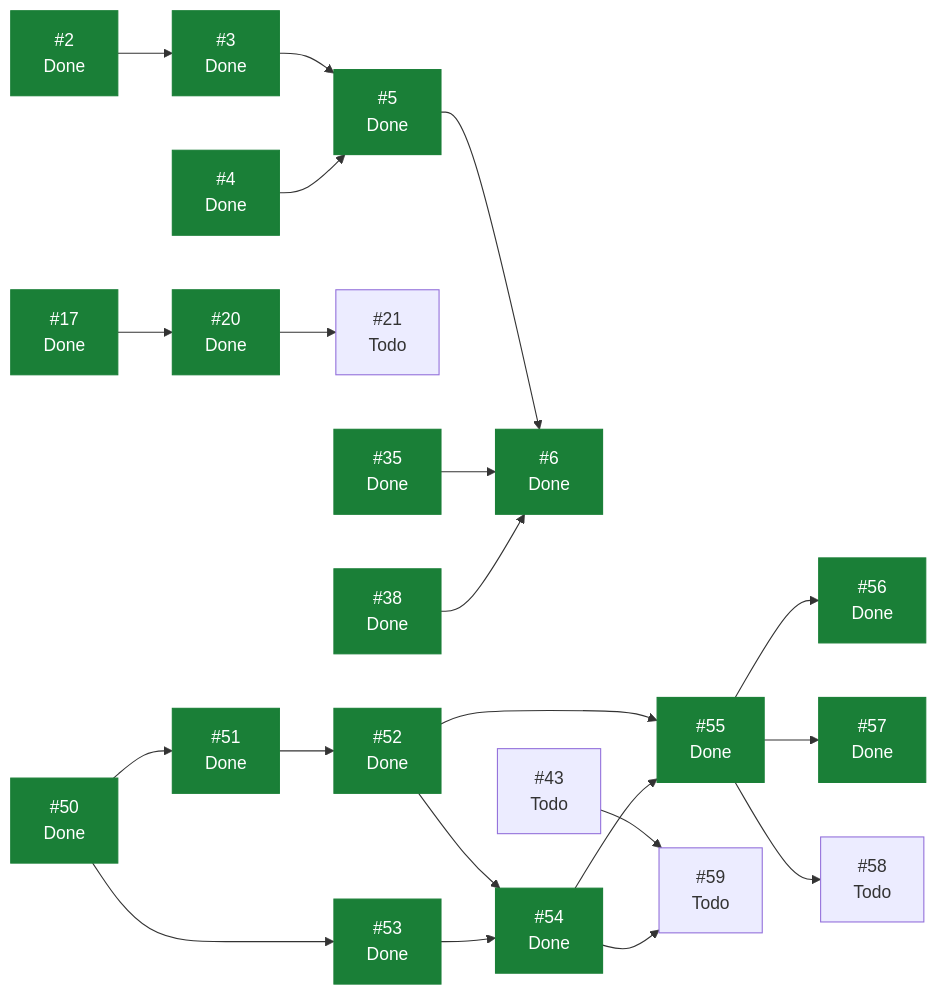
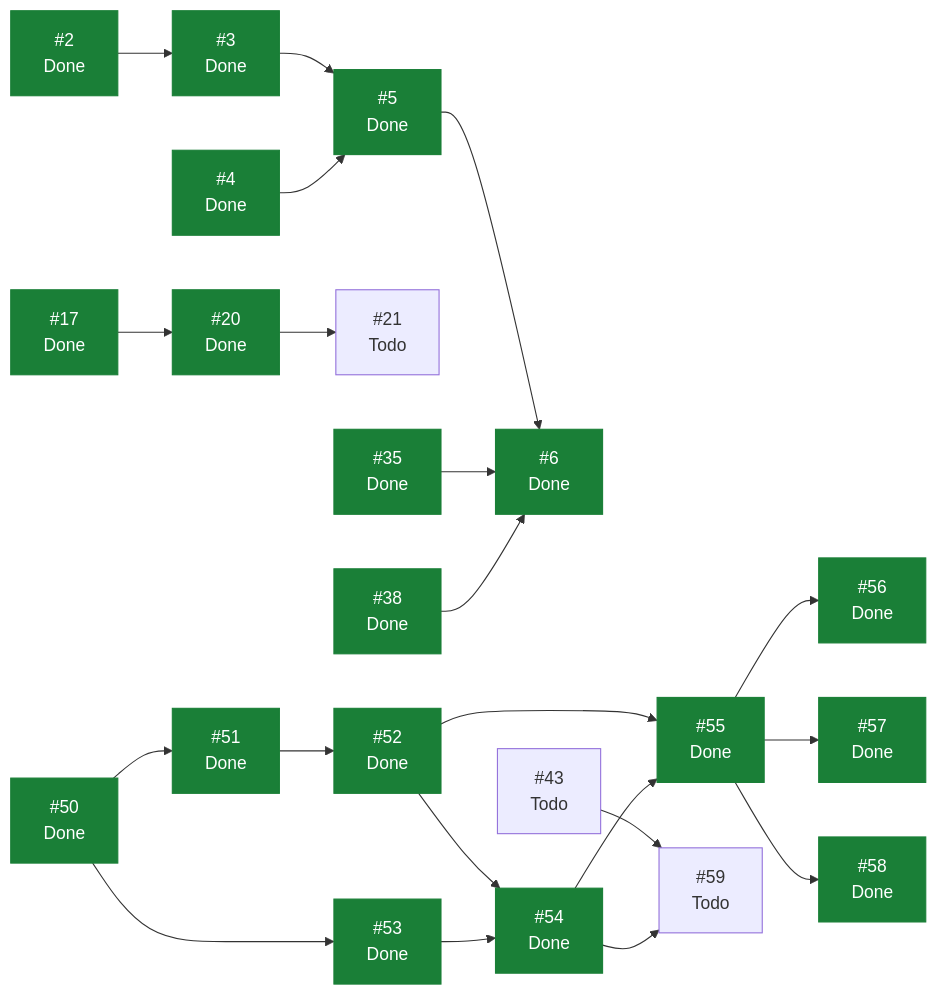
The diagram in docs/planning/STATUS.md (ecamp0s/evault), drawn with Mermaid before and after one commit. The commit also changed other lines of this file, not shown here.

````diff
--- a/docs/planning/STATUS.md
+++ b/docs/planning/STATUS.md
@@ -87,46 +86,46 @@
 ```mermaid
 graph LR
   I2["#2<br/>Done"]
   I3["#3<br/>Done"]
   I4["#4<br/>Done"]
   I5["#5<br/>Done"]
   I6["#6<br/>Done"]
   I17["#17<br/>Done"]
   I20["#20<br/>Done"]
   I21["#21<br/>Todo"]
   I35["#35<br/>Done"]
   I38["#38<br/>Done"]
   I43["#43<br/>Todo"]
   I50["#50<br/>Done"]
   I51["#51<br/>Done"]
   I52["#52<br/>Done"]
   I53["#53<br/>Done"]
   I54["#54<br/>Done"]
   I55["#55<br/>Done"]
   I56["#56<br/>Done"]
   I57["#57<br/>Done"]
-  I58["#58<br/>Todo"]
+  I58["#58<br/>Done"]
   I59["#59<br/>Todo"]
   I2 --> I3
   I3 --> I5
   I4 --> I5
   I5 --> I6
   I17 --> I20
   I20 --> I21
   I35 --> I6
   I38 --> I6
   I43 --> I59
   I50 --> I51
   I50 --> I53
   I51 --> I52
   I52 --> I54
   I52 --> I55
   I53 --> I54
   I54 --> I55
   I54 --> I59
   I55 --> I56
   I55 --> I57
   I55 --> I58
   classDef hecho fill:#1a7f37,stroke:#1a7f37,color:#fff;
-  class I2,I3,I4,I5,I6,I17,I20,I35,I38,I50,I51,I52,I53,I54,I55,I56,I57 hecho;
+  class I2,I3,I4,I5,I6,I17,I20,I35,I38,I50,I51,I52,I53,I54,I55,I56,I57,I58 hecho;
 ```
````
